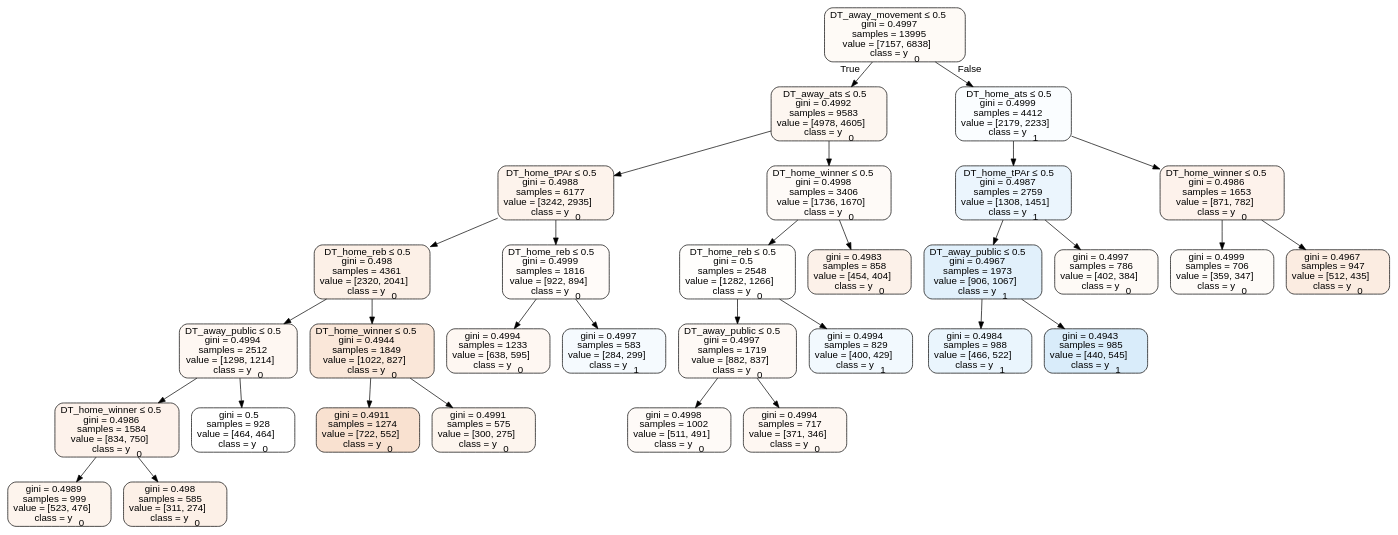
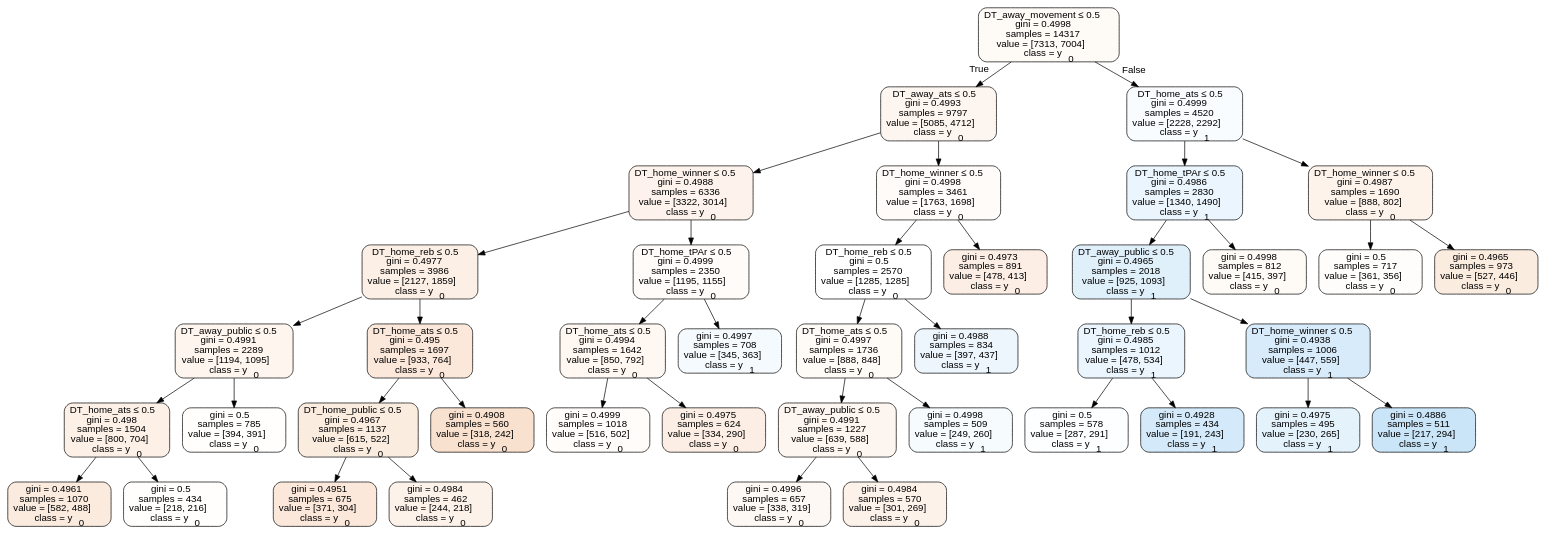
The diagram in tree_data/tree2016home.dot (usbogie/ncaa-bets), drawn with Graphviz before and after one commit. The commit also changed 50 other files, not shown here.

```diff
--- a/tree_data/tree2016home.dot
+++ b/tree_data/tree2016home.dot
@@ -1,65 +1,85 @@
 digraph Tree {
 node [shape=box, style="filled, rounded", color="black", fontname=helvetica] ;
 edge [fontname=helvetica] ;
-0 [label=<DT_away_movement &le; 0.5<br/>gini = 0.4997<br/>samples = 13995<br/>value = [7157, 6838]<br/>class = y<SUB>0</SUB>>, fillcolor="#e581390b"] ;
-1 [label=<DT_away_ats &le; 0.5<br/>gini = 0.4992<br/>samples = 9583<br/>value = [4978, 4605]<br/>class = y<SUB>0</SUB>>, fillcolor="#e5813913"] ;
+0 [label=<DT_away_movement &le; 0.5<br/>gini = 0.4998<br/>samples = 14317<br/>value = [7313, 7004]<br/>class = y<SUB>0</SUB>>, fillcolor="#e581390b"] ;
+1 [label=<DT_away_ats &le; 0.5<br/>gini = 0.4993<br/>samples = 9797<br/>value = [5085, 4712]<br/>class = y<SUB>0</SUB>>, fillcolor="#e5813913"] ;
 0 -> 1 [labeldistance=2.5, labelangle=45, headlabel="True"] ;
-2 [label=<DT_home_tPAr &le; 0.5<br/>gini = 0.4988<br/>samples = 6177<br/>value = [3242, 2935]<br/>class = y<SUB>0</SUB>>, fillcolor="#e5813918"] ;
+2 [label=<DT_home_winner &le; 0.5<br/>gini = 0.4988<br/>samples = 6336<br/>value = [3322, 3014]<br/>class = y<SUB>0</SUB>>, fillcolor="#e5813918"] ;
 1 -> 2 ;
-3 [label=<DT_home_reb &le; 0.5<br/>gini = 0.498<br/>samples = 4361<br/>value = [2320, 2041]<br/>class = y<SUB>0</SUB>>, fillcolor="#e581391f"] ;
+3 [label=<DT_home_reb &le; 0.5<br/>gini = 0.4977<br/>samples = 3986<br/>value = [2127, 1859]<br/>class = y<SUB>0</SUB>>, fillcolor="#e5813920"] ;
 2 -> 3 ;
-4 [label=<DT_away_public &le; 0.5<br/>gini = 0.4994<br/>samples = 2512<br/>value = [1298, 1214]<br/>class = y<SUB>0</SUB>>, fillcolor="#e5813911"] ;
+4 [label=<DT_away_public &le; 0.5<br/>gini = 0.4991<br/>samples = 2289<br/>value = [1194, 1095]<br/>class = y<SUB>0</SUB>>, fillcolor="#e5813915"] ;
 3 -> 4 ;
-5 [label=<DT_home_winner &le; 0.5<br/>gini = 0.4986<br/>samples = 1584<br/>value = [834, 750]<br/>class = y<SUB>0</SUB>>, fillcolor="#e581391a"] ;
+5 [label=<DT_home_ats &le; 0.5<br/>gini = 0.498<br/>samples = 1504<br/>value = [800, 704]<br/>class = y<SUB>0</SUB>>, fillcolor="#e581391f"] ;
 4 -> 5 ;
-6 [label=<gini = 0.4989<br/>samples = 999<br/>value = [523, 476]<br/>class = y<SUB>0</SUB>>, fillcolor="#e5813917"] ;
+6 [label=<gini = 0.4961<br/>samples = 1070<br/>value = [582, 488]<br/>class = y<SUB>0</SUB>>, fillcolor="#e5813929"] ;
 5 -> 6 ;
-7 [label=<gini = 0.498<br/>samples = 585<br/>value = [311, 274]<br/>class = y<SUB>0</SUB>>, fillcolor="#e581391e"] ;
+7 [label=<gini = 0.5<br/>samples = 434<br/>value = [218, 216]<br/>class = y<SUB>0</SUB>>, fillcolor="#e5813902"] ;
 5 -> 7 ;
-8 [label=<gini = 0.5<br/>samples = 928<br/>value = [464, 464]<br/>class = y<SUB>0</SUB>>, fillcolor="#e5813900"] ;
+8 [label=<gini = 0.5<br/>samples = 785<br/>value = [394, 391]<br/>class = y<SUB>0</SUB>>, fillcolor="#e5813902"] ;
 4 -> 8 ;
-9 [label=<DT_home_winner &le; 0.5<br/>gini = 0.4944<br/>samples = 1849<br/>value = [1022, 827]<br/>class = y<SUB>0</SUB>>, fillcolor="#e5813931"] ;
+9 [label=<DT_home_ats &le; 0.5<br/>gini = 0.495<br/>samples = 1697<br/>value = [933, 764]<br/>class = y<SUB>0</SUB>>, fillcolor="#e581392e"] ;
 3 -> 9 ;
-10 [label=<gini = 0.4911<br/>samples = 1274<br/>value = [722, 552]<br/>class = y<SUB>0</SUB>>, fillcolor="#e581393c"] ;
+10 [label=<DT_home_public &le; 0.5<br/>gini = 0.4967<br/>samples = 1137<br/>value = [615, 522]<br/>class = y<SUB>0</SUB>>, fillcolor="#e5813927"] ;
 9 -> 10 ;
-11 [label=<gini = 0.4991<br/>samples = 575<br/>value = [300, 275]<br/>class = y<SUB>0</SUB>>, fillcolor="#e5813915"] ;
-9 -> 11 ;
-12 [label=<DT_home_reb &le; 0.5<br/>gini = 0.4999<br/>samples = 1816<br/>value = [922, 894]<br/>class = y<SUB>0</SUB>>, fillcolor="#e5813908"] ;
-2 -> 12 ;
-13 [label=<gini = 0.4994<br/>samples = 1233<br/>value = [638, 595]<br/>class = y<SUB>0</SUB>>, fillcolor="#e5813911"] ;
-12 -> 13 ;
-14 [label=<gini = 0.4997<br/>samples = 583<br/>value = [284, 299]<br/>class = y<SUB>1</SUB>>, fillcolor="#399de50d"] ;
-12 -> 14 ;
-15 [label=<DT_home_winner &le; 0.5<br/>gini = 0.4998<br/>samples = 3406<br/>value = [1736, 1670]<br/>class = y<SUB>0</SUB>>, fillcolor="#e581390a"] ;
-1 -> 15 ;
-16 [label=<DT_home_reb &le; 0.5<br/>gini = 0.5<br/>samples = 2548<br/>value = [1282, 1266]<br/>class = y<SUB>0</SUB>>, fillcolor="#e5813903"] ;
+11 [label=<gini = 0.4951<br/>samples = 675<br/>value = [371, 304]<br/>class = y<SUB>0</SUB>>, fillcolor="#e581392e"] ;
+10 -> 11 ;
+12 [label=<gini = 0.4984<br/>samples = 462<br/>value = [244, 218]<br/>class = y<SUB>0</SUB>>, fillcolor="#e581391b"] ;
+10 -> 12 ;
+13 [label=<gini = 0.4908<br/>samples = 560<br/>value = [318, 242]<br/>class = y<SUB>0</SUB>>, fillcolor="#e581393d"] ;
+9 -> 13 ;
+14 [label=<DT_home_tPAr &le; 0.5<br/>gini = 0.4999<br/>samples = 2350<br/>value = [1195, 1155]<br/>class = y<SUB>0</SUB>>, fillcolor="#e5813909"] ;
+2 -> 14 ;
+15 [label=<DT_home_ats &le; 0.5<br/>gini = 0.4994<br/>samples = 1642<br/>value = [850, 792]<br/>class = y<SUB>0</SUB>>, fillcolor="#e5813911"] ;
+14 -> 15 ;
+16 [label=<gini = 0.4999<br/>samples = 1018<br/>value = [516, 502]<br/>class = y<SUB>0</SUB>>, fillcolor="#e5813907"] ;
 15 -> 16 ;
-17 [label=<DT_away_public &le; 0.5<br/>gini = 0.4997<br/>samples = 1719<br/>value = [882, 837]<br/>class = y<SUB>0</SUB>>, fillcolor="#e581390d"] ;
-16 -> 17 ;
-18 [label=<gini = 0.4998<br/>samples = 1002<br/>value = [511, 491]<br/>class = y<SUB>0</SUB>>, fillcolor="#e581390a"] ;
-17 -> 18 ;
-19 [label=<gini = 0.4994<br/>samples = 717<br/>value = [371, 346]<br/>class = y<SUB>0</SUB>>, fillcolor="#e5813911"] ;
-17 -> 19 ;
-20 [label=<gini = 0.4994<br/>samples = 829<br/>value = [400, 429]<br/>class = y<SUB>1</SUB>>, fillcolor="#399de511"] ;
-16 -> 20 ;
-21 [label=<gini = 0.4983<br/>samples = 858<br/>value = [454, 404]<br/>class = y<SUB>0</SUB>>, fillcolor="#e581391c"] ;
-15 -> 21 ;
-22 [label=<DT_home_ats &le; 0.5<br/>gini = 0.4999<br/>samples = 4412<br/>value = [2179, 2233]<br/>class = y<SUB>1</SUB>>, fillcolor="#399de506"] ;
-0 -> 22 [labeldistance=2.5, labelangle=-45, headlabel="False"] ;
-23 [label=<DT_home_tPAr &le; 0.5<br/>gini = 0.4987<br/>samples = 2759<br/>value = [1308, 1451]<br/>class = y<SUB>1</SUB>>, fillcolor="#399de519"] ;
+17 [label=<gini = 0.4975<br/>samples = 624<br/>value = [334, 290]<br/>class = y<SUB>0</SUB>>, fillcolor="#e5813922"] ;
+15 -> 17 ;
+18 [label=<gini = 0.4997<br/>samples = 708<br/>value = [345, 363]<br/>class = y<SUB>1</SUB>>, fillcolor="#399de50d"] ;
+14 -> 18 ;
+19 [label=<DT_home_winner &le; 0.5<br/>gini = 0.4998<br/>samples = 3461<br/>value = [1763, 1698]<br/>class = y<SUB>0</SUB>>, fillcolor="#e5813909"] ;
+1 -> 19 ;
+20 [label=<DT_home_reb &le; 0.5<br/>gini = 0.5<br/>samples = 2570<br/>value = [1285, 1285]<br/>class = y<SUB>0</SUB>>, fillcolor="#e5813900"] ;
+19 -> 20 ;
+21 [label=<DT_home_ats &le; 0.5<br/>gini = 0.4997<br/>samples = 1736<br/>value = [888, 848]<br/>class = y<SUB>0</SUB>>, fillcolor="#e581390b"] ;
+20 -> 21 ;
+22 [label=<DT_away_public &le; 0.5<br/>gini = 0.4991<br/>samples = 1227<br/>value = [639, 588]<br/>class = y<SUB>0</SUB>>, fillcolor="#e5813914"] ;
+21 -> 22 ;
+23 [label=<gini = 0.4996<br/>samples = 657<br/>value = [338, 319]<br/>class = y<SUB>0</SUB>>, fillcolor="#e581390e"] ;
 22 -> 23 ;
-24 [label=<DT_away_public &le; 0.5<br/>gini = 0.4967<br/>samples = 1973<br/>value = [906, 1067]<br/>class = y<SUB>1</SUB>>, fillcolor="#399de526"] ;
-23 -> 24 ;
-25 [label=<gini = 0.4984<br/>samples = 988<br/>value = [466, 522]<br/>class = y<SUB>1</SUB>>, fillcolor="#399de51b"] ;
-24 -> 25 ;
-26 [label=<gini = 0.4943<br/>samples = 985<br/>value = [440, 545]<br/>class = y<SUB>1</SUB>>, fillcolor="#399de531"] ;
-24 -> 26 ;
-27 [label=<gini = 0.4997<br/>samples = 786<br/>value = [402, 384]<br/>class = y<SUB>0</SUB>>, fillcolor="#e581390b"] ;
-23 -> 27 ;
-28 [label=<DT_home_winner &le; 0.5<br/>gini = 0.4986<br/>samples = 1653<br/>value = [871, 782]<br/>class = y<SUB>0</SUB>>, fillcolor="#e581391a"] ;
-22 -> 28 ;
-29 [label=<gini = 0.4999<br/>samples = 706<br/>value = [359, 347]<br/>class = y<SUB>0</SUB>>, fillcolor="#e5813909"] ;
+24 [label=<gini = 0.4984<br/>samples = 570<br/>value = [301, 269]<br/>class = y<SUB>0</SUB>>, fillcolor="#e581391b"] ;
+22 -> 24 ;
+25 [label=<gini = 0.4998<br/>samples = 509<br/>value = [249, 260]<br/>class = y<SUB>1</SUB>>, fillcolor="#399de50b"] ;
+21 -> 25 ;
+26 [label=<gini = 0.4988<br/>samples = 834<br/>value = [397, 437]<br/>class = y<SUB>1</SUB>>, fillcolor="#399de517"] ;
+20 -> 26 ;
+27 [label=<gini = 0.4973<br/>samples = 891<br/>value = [478, 413]<br/>class = y<SUB>0</SUB>>, fillcolor="#e5813923"] ;
+19 -> 27 ;
+28 [label=<DT_home_ats &le; 0.5<br/>gini = 0.4999<br/>samples = 4520<br/>value = [2228, 2292]<br/>class = y<SUB>1</SUB>>, fillcolor="#399de507"] ;
+0 -> 28 [labeldistance=2.5, labelangle=-45, headlabel="False"] ;
+29 [label=<DT_home_tPAr &le; 0.5<br/>gini = 0.4986<br/>samples = 2830<br/>value = [1340, 1490]<br/>class = y<SUB>1</SUB>>, fillcolor="#399de51a"] ;
 28 -> 29 ;
-30 [label=<gini = 0.4967<br/>samples = 947<br/>value = [512, 435]<br/>class = y<SUB>0</SUB>>, fillcolor="#e5813926"] ;
-28 -> 30 ;
+30 [label=<DT_away_public &le; 0.5<br/>gini = 0.4965<br/>samples = 2018<br/>value = [925, 1093]<br/>class = y<SUB>1</SUB>>, fillcolor="#399de527"] ;
+29 -> 30 ;
+31 [label=<DT_home_reb &le; 0.5<br/>gini = 0.4985<br/>samples = 1012<br/>value = [478, 534]<br/>class = y<SUB>1</SUB>>, fillcolor="#399de51b"] ;
+30 -> 31 ;
+32 [label=<gini = 0.5<br/>samples = 578<br/>value = [287, 291]<br/>class = y<SUB>1</SUB>>, fillcolor="#399de504"] ;
+31 -> 32 ;
+33 [label=<gini = 0.4928<br/>samples = 434<br/>value = [191, 243]<br/>class = y<SUB>1</SUB>>, fillcolor="#399de537"] ;
+31 -> 33 ;
+34 [label=<DT_home_winner &le; 0.5<br/>gini = 0.4938<br/>samples = 1006<br/>value = [447, 559]<br/>class = y<SUB>1</SUB>>, fillcolor="#399de533"] ;
+30 -> 34 ;
+35 [label=<gini = 0.4975<br/>samples = 495<br/>value = [230, 265]<br/>class = y<SUB>1</SUB>>, fillcolor="#399de522"] ;
+34 -> 35 ;
+36 [label=<gini = 0.4886<br/>samples = 511<br/>value = [217, 294]<br/>class = y<SUB>1</SUB>>, fillcolor="#399de543"] ;
+34 -> 36 ;
+37 [label=<gini = 0.4998<br/>samples = 812<br/>value = [415, 397]<br/>class = y<SUB>0</SUB>>, fillcolor="#e581390b"] ;
+29 -> 37 ;
+38 [label=<DT_home_winner &le; 0.5<br/>gini = 0.4987<br/>samples = 1690<br/>value = [888, 802]<br/>class = y<SUB>0</SUB>>, fillcolor="#e5813919"] ;
+28 -> 38 ;
+39 [label=<gini = 0.5<br/>samples = 717<br/>value = [361, 356]<br/>class = y<SUB>0</SUB>>, fillcolor="#e5813904"] ;
+38 -> 39 ;
+40 [label=<gini = 0.4965<br/>samples = 973<br/>value = [527, 446]<br/>class = y<SUB>0</SUB>>, fillcolor="#e5813927"] ;
+38 -> 40 ;
 }
```
